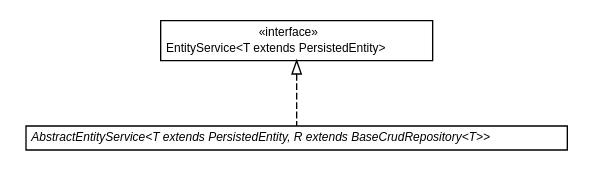
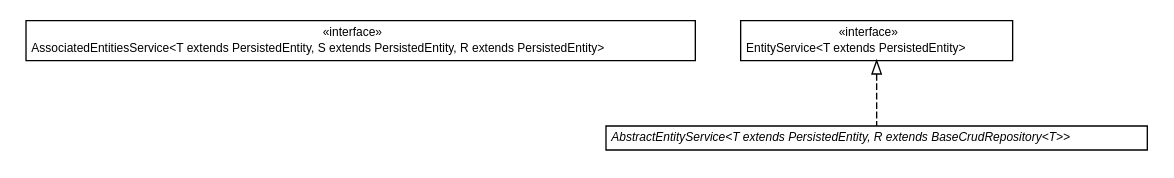
One commit to willmorejg/net.ljcomputing.jpa-entity changed the diagram in docs/javadoc/apidocs/net/ljcomputing/service/net.ljcomputing.service.dot. Above: the diagram before and after it, drawn with Graphviz. The commit also changed 55 other files, not shown here.

```diff
--- a/docs/javadoc/apidocs/net/ljcomputing/service/net.ljcomputing.service.dot
+++ b/docs/javadoc/apidocs/net/ljcomputing/service/net.ljcomputing.service.dot
@@ -1,27 +1,34 @@
 #!/usr/local/bin/dot
 #
 # Class diagram 
 # Generated by UMLGraph version R5_6 (http://www.umlgraph.org/)
 #
 
 digraph G {
 	edge [fontname="Helvetica",fontsize=10,labelfontname="Helvetica",labelfontsize=10];
 	node [fontname="Helvetica",fontsize=10,shape=plaintext];
 	nodesep=0.25;
 	ranksep=0.5;
+	// net.ljcomputing.service.AssociatedEntitiesService<T extends net.ljcomputing.entity.PersistedEntity, S extends net.ljcomputing.entity.PersistedEntity, R extends net.ljcomputing.entity.PersistedEntity>
+	c17 [label=<<table title="net.ljcomputing.service.AssociatedEntitiesService" border="0" cellborder="1" cellspacing="0" cellpadding="2" port="p" href="./AssociatedEntitiesService.html">
+		<tr><td><table border="0" cellspacing="0" cellpadding="1">
+<tr><td align="center" balign="center"> &#171;interface&#187; </td></tr>
+<tr><td align="center" balign="center"> AssociatedEntitiesService&lt;T extends PersistedEntity, S extends PersistedEntity, R extends PersistedEntity&gt; </td></tr>
+		</table></td></tr>
+		</table>>, URL="./AssociatedEntitiesService.html", fontname="Helvetica", fontcolor="black", fontsize=9.0];
 	// net.ljcomputing.service.AbstractEntityService<T extends net.ljcomputing.entity.PersistedEntity, R extends net.ljcomputing.repository.BaseCrudRepository<T>>
-	c15 [label=<<table title="net.ljcomputing.service.AbstractEntityService" border="0" cellborder="1" cellspacing="0" cellpadding="2" port="p" href="./AbstractEntityService.html">
+	c18 [label=<<table title="net.ljcomputing.service.AbstractEntityService" border="0" cellborder="1" cellspacing="0" cellpadding="2" port="p" href="./AbstractEntityService.html">
 		<tr><td><table border="0" cellspacing="0" cellpadding="1">
 <tr><td align="center" balign="center"><font face="Helvetica-Oblique"> AbstractEntityService&lt;T extends PersistedEntity, R extends BaseCrudRepository&lt;T&gt;&gt; </font></td></tr>
 		</table></td></tr>
 		</table>>, URL="./AbstractEntityService.html", fontname="Helvetica", fontcolor="black", fontsize=9.0];
 	// net.ljcomputing.service.EntityService<T extends net.ljcomputing.entity.PersistedEntity>
-	c16 [label=<<table title="net.ljcomputing.service.EntityService" border="0" cellborder="1" cellspacing="0" cellpadding="2" port="p" href="./EntityService.html">
+	c19 [label=<<table title="net.ljcomputing.service.EntityService" border="0" cellborder="1" cellspacing="0" cellpadding="2" port="p" href="./EntityService.html">
 		<tr><td><table border="0" cellspacing="0" cellpadding="1">
 <tr><td align="center" balign="center"> &#171;interface&#187; </td></tr>
 <tr><td align="center" balign="center"> EntityService&lt;T extends PersistedEntity&gt; </td></tr>
 		</table></td></tr>
 		</table>>, URL="./EntityService.html", fontname="Helvetica", fontcolor="black", fontsize=9.0];
 	//net.ljcomputing.service.AbstractEntityService<T extends net.ljcomputing.entity.PersistedEntity, R extends net.ljcomputing.repository.BaseCrudRepository<T>> implements net.ljcomputing.service.EntityService<T extends net.ljcomputing.entity.PersistedEntity>
-	c16:p -> c15:p [dir=back,arrowtail=empty,style=dashed];
+	c19:p -> c18:p [dir=back,arrowtail=empty,style=dashed];
 }
```
